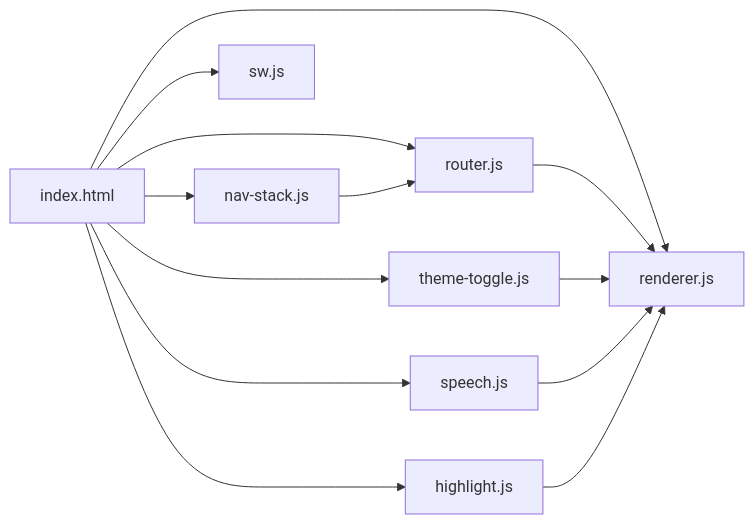
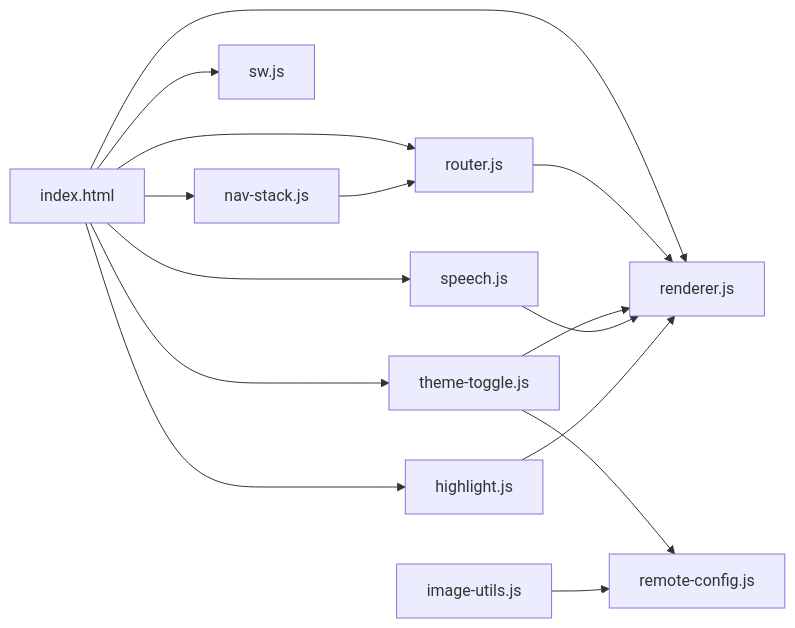
One commit to zhao-zg/cx changed diagram 11 of 11 in .qoder/repowiki/zh/content/高级功能/前端功能.md. Above: the diagram before and after it, drawn with Mermaid. The commit also changed other lines of this file and 33 other files, not shown here.

````diff
--- a/.qoder/repowiki/zh/content/高级功能/前端功能.md
+++ b/.qoder/repowiki/zh/content/高级功能/前端功能.md
@@ -410,15 +482,17 @@
 ```mermaid
 graph LR
 IDX["index.html"] --> R["router.js"]
 IDX --> RN["renderer.js"]
 IDX --> ST["theme-toggle.js"]
 IDX --> SP["speech.js"]
 IDX --> HL["highlight.js"]
 IDX --> NS["nav-stack.js"]
 IDX --> SW["sw.js"]
 R --> RN
 ST --> RN
 SP --> RN
 HL --> RN
 NS --> R
+ST --> RC["remote-config.js"]
+IU["image-utils.js"] --> RC
 ```
````
